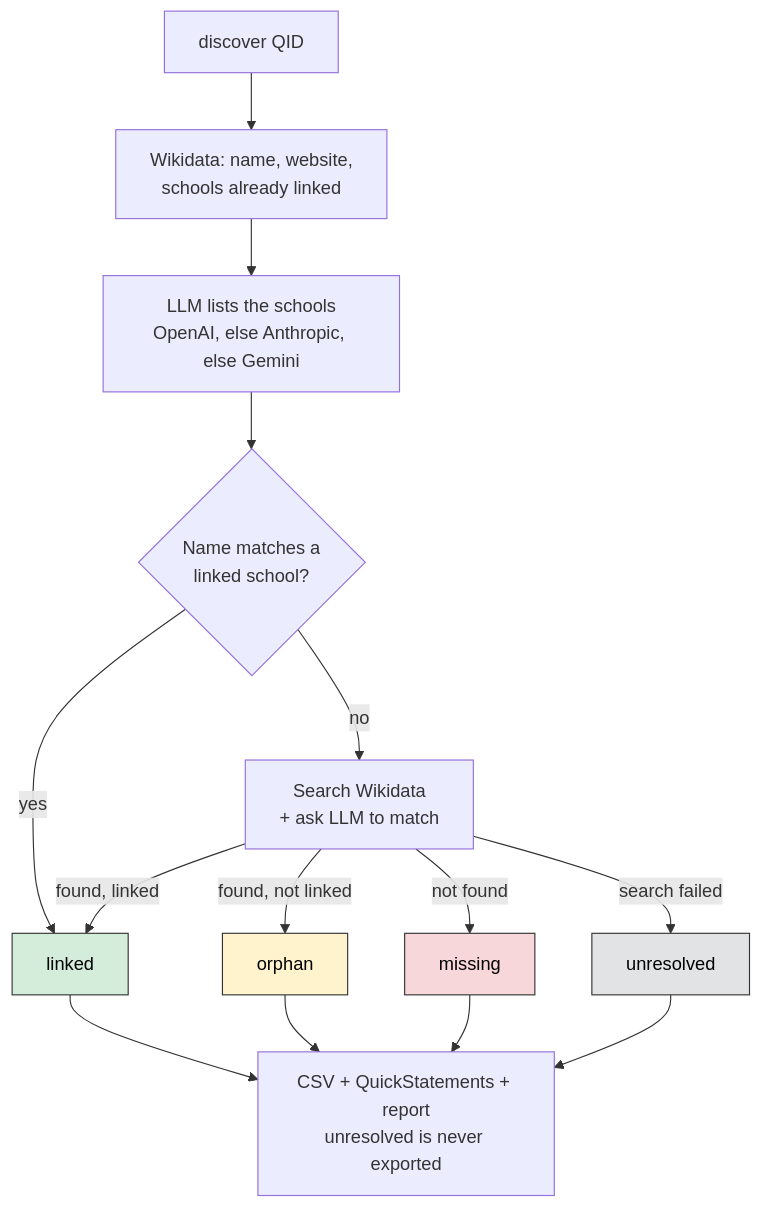
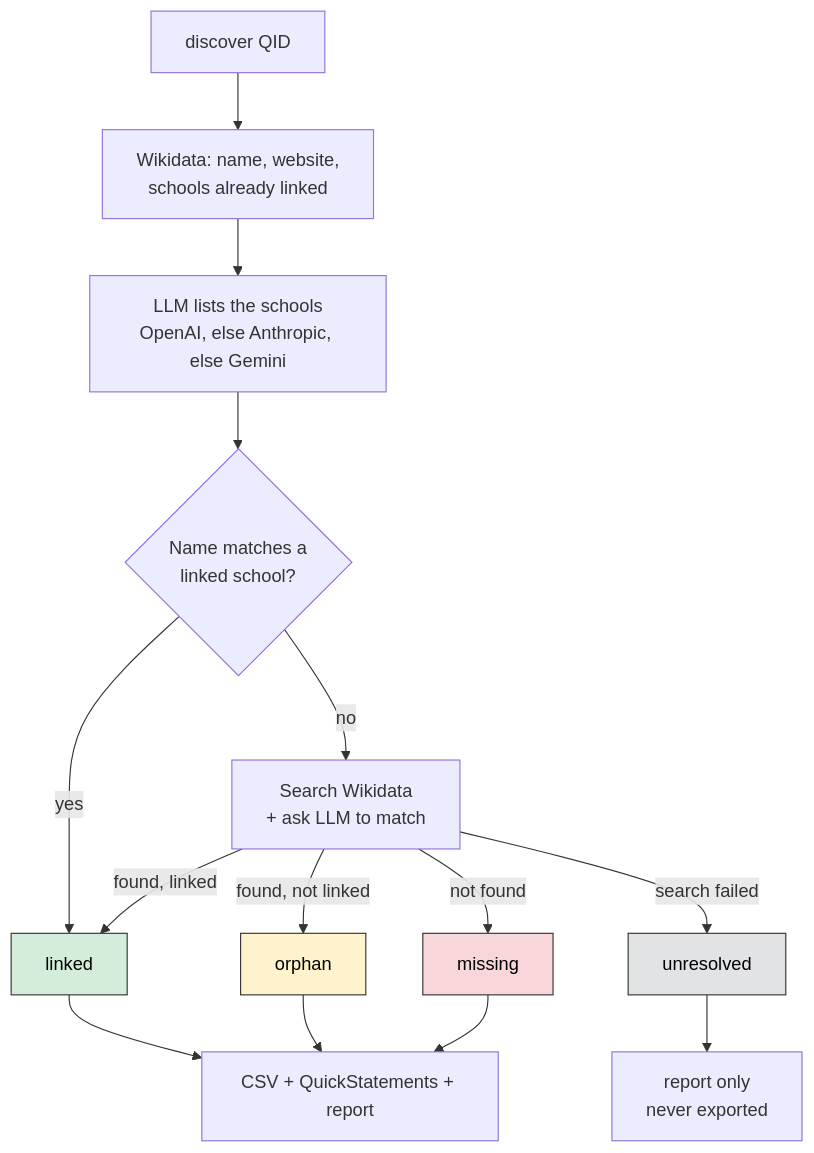
Before and after one commit to ipeirotis-org/academiabot: the first of 2 diagrams in TASKS.md, drawn with Mermaid. The commit also changed 5 other files, not shown here.

First line of the commit message:
Keep unresolved candidates out of the CSV, bound the preflight reads

````diff
--- a/TASKS.md
+++ b/TASKS.md
@@ -34,17 +34,18 @@
 ```mermaid
 flowchart TD
     Q[discover QID] --> WD[Wikidata: name, website,<br/>schools already linked]
     WD --> LLM[LLM lists the schools<br/>OpenAI, else Anthropic, else Gemini]
     LLM --> M{Name matches a<br/>linked school?}
     M -->|yes| L[linked]
     M -->|no| S[Search Wikidata<br/>+ ask LLM to match]
     S -->|found, linked| L
     S -->|found, not linked| O[orphan]
     S -->|not found| X[missing]
     S -->|search failed| U[unresolved]
-    L & O & X & U --> R[CSV + QuickStatements + report<br/>unresolved is never exported]
+    L & O & X --> R[CSV + QuickStatements + report]
+    U --> R2[report only<br/>never exported]
     style L fill:#d4edda,stroke:#333,color:#000
     style O fill:#fff3cd,stroke:#333,color:#000
     style X fill:#f8d7da,stroke:#333,color:#000
     style U fill:#e2e3e5,stroke:#333,color:#000
 ```
````
